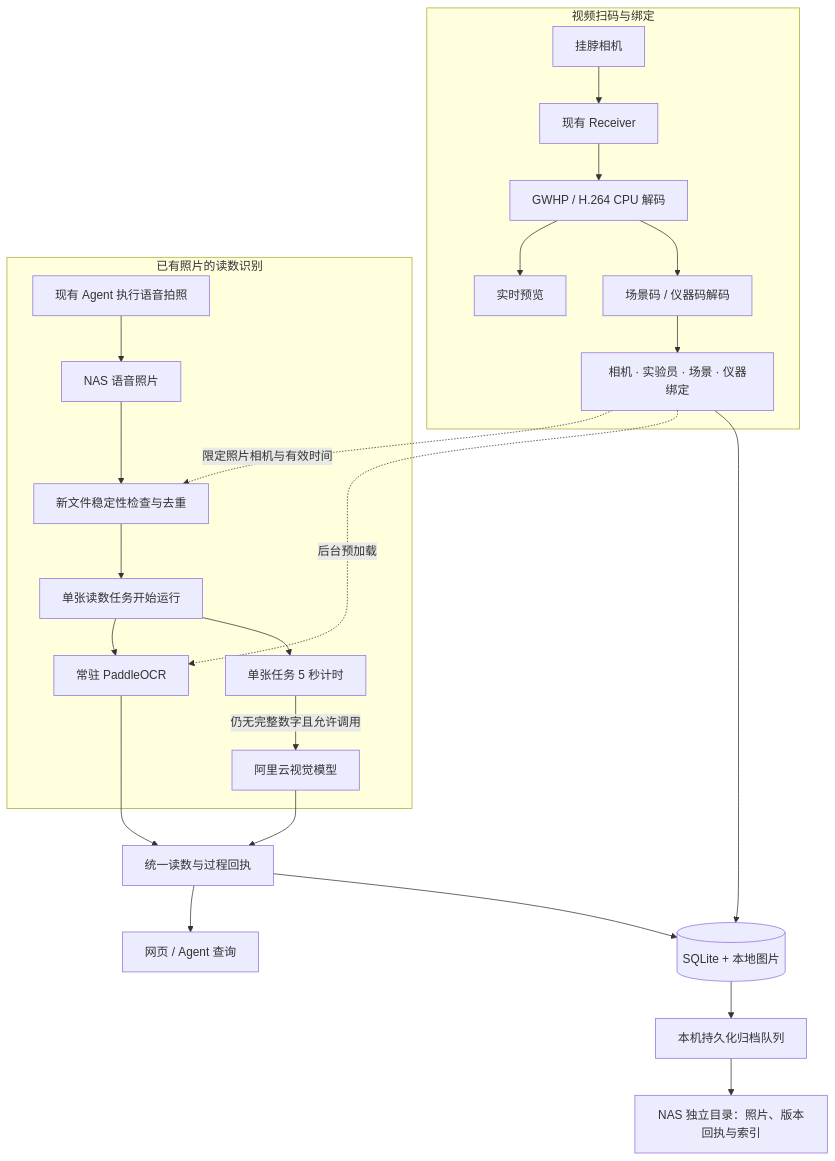
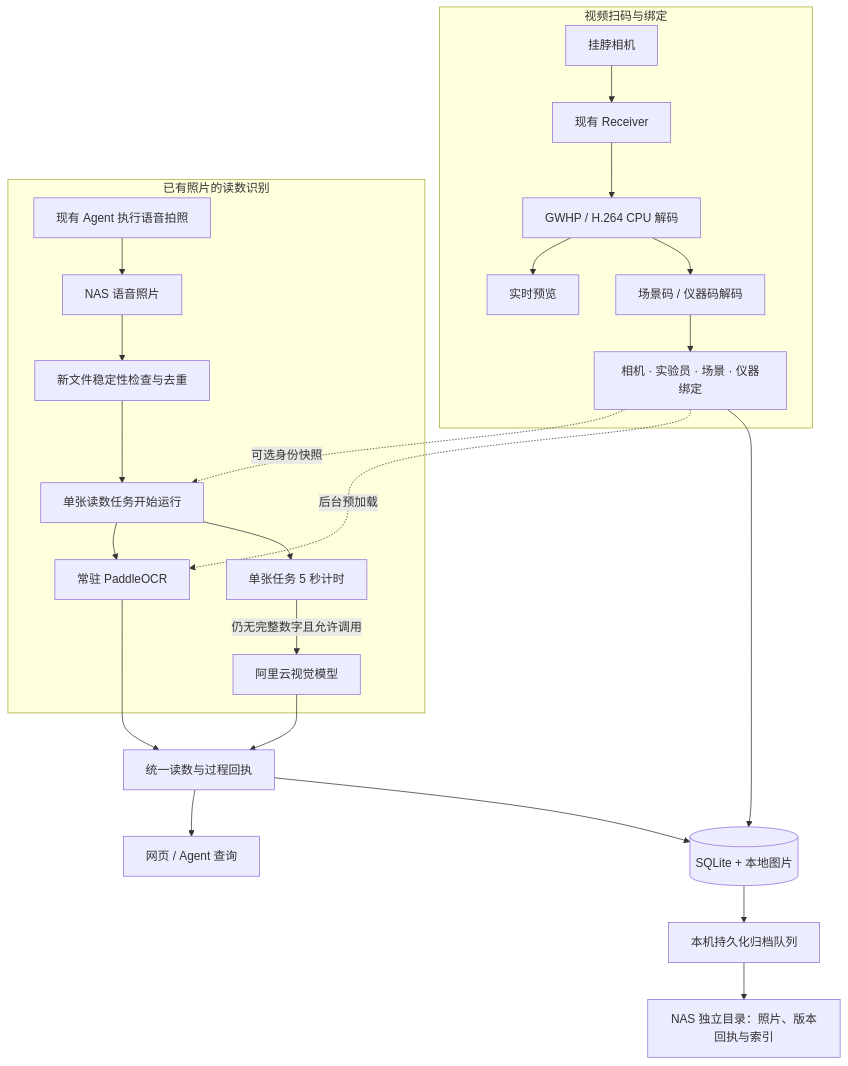
One commit to kealan-Jun/FieldRecognition changed the diagram in README.md. Above: the diagram before and after it, drawn with Mermaid. The commit also changed other lines of this file and 25 other files, not shown here.

````diff
--- a/README.md
+++ b/README.md
@@ -127,29 +131,29 @@
 ```mermaid
 flowchart TB
     subgraph Identity[视频扫码与绑定]
         Camera[挂脖相机] --> Receiver[现有 Receiver]
         Receiver --> Decode[GWHP / H.264 CPU 解码]
         Decode --> Preview[实时预览]
         Decode --> QR[场景码 / 仪器码解码]
         QR --> Binding[相机 · 实验员 · 场景 · 仪器绑定]
     end
 
     subgraph Reading[已有照片的读数识别]
         Agent[现有 Agent 执行语音拍照] --> NAS[NAS 语音照片]
         NAS --> Watch[新文件稳定性检查与去重]
         Watch --> Job[单张读数任务开始运行]
         Job --> OCR[常驻 PaddleOCR]
         Job --> Timer[单张任务 5 秒计时]
         Timer -->|仍无完整数字且允许调用| Cloud[阿里云视觉模型]
     end
 
-    Binding -.->|限定照片相机与有效时间| Watch
+    Binding -.->|可选身份快照| Job
     Binding -.->|后台预加载| OCR
     OCR --> Result[统一读数与过程回执]
     Cloud --> Result
     Result --> UI[网页 / Agent 查询]
     Binding --> Store[(SQLite + 本地图片)]
     Result --> Store
     Store --> Outbox[本机持久化归档队列]
     Outbox --> Archive[NAS 独立目录：照片、版本回执与索引]
 ```
````
